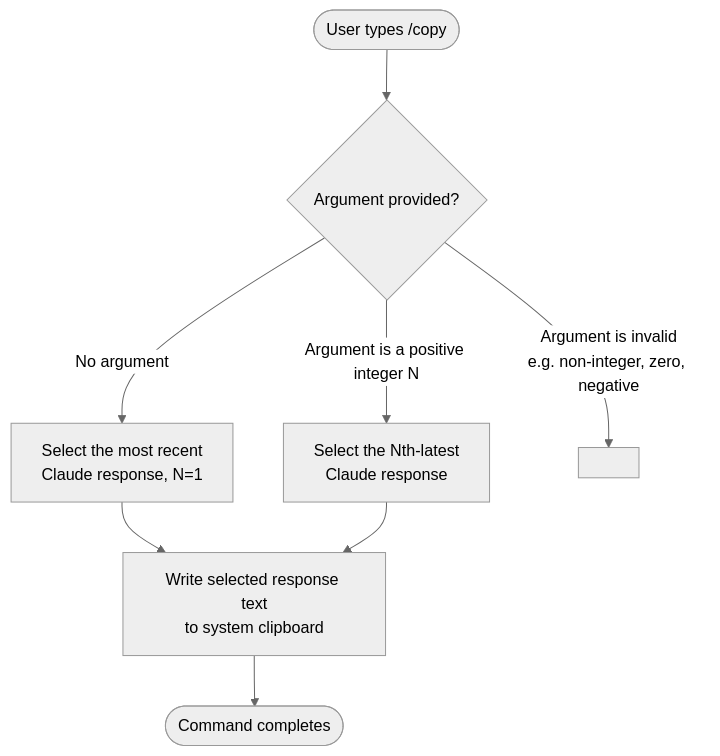
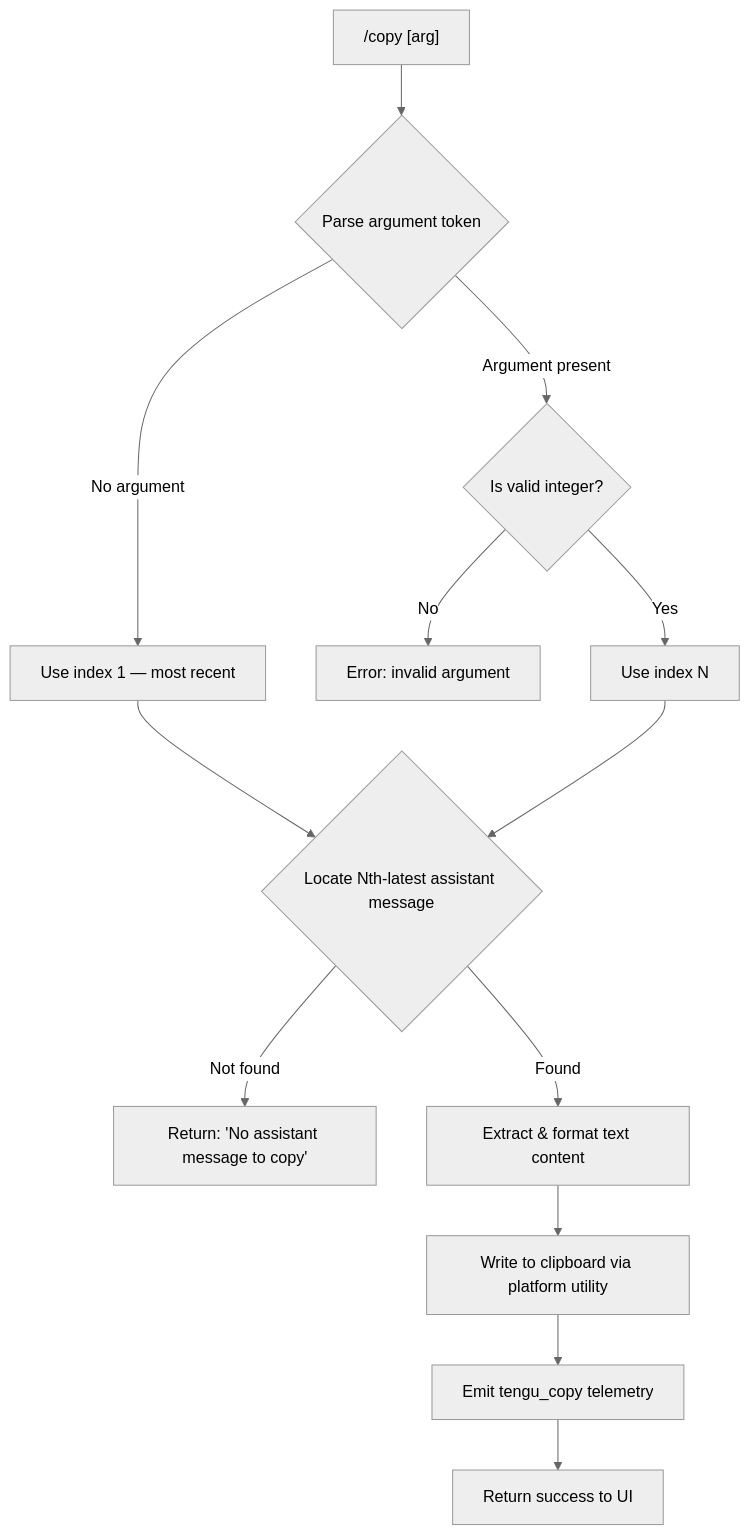
The diagram in versions/v2.1.152/copy.md (MyLittleLuckyDog/cc-gnothi), drawn with Mermaid (neutral theme) before and after one commit. The commit also changed other lines of this file and 593 other files, not shown here.

````diff
--- a/versions/v2.1.152/copy.md
+++ b/versions/v2.1.152/copy.md
@@ -46,10 +54,15 @@
 ```mermaid
 flowchart TD
-    A([User types /copy]) --> B{Argument provided?}
-    B -- "No argument" --> C[Select the most recent\nClaude response, N=1]
-    B -- "Argument is a positive integer N" --> D[Select the Nth-latest\nClaude response]
-    B -- "Argument is invalid\ne.g. non-integer, zero, negative" --> E[<!-- TODO: not found in depth-2 traversal; needs --depth 4 -->]
-    C --> F[Write selected response text\nto system clipboard]
-    D --> F
-    F --> G([Command completes])
+    A["/copy [arg]"] --> B{Parse argument token}
+    B -- "No argument" --> C[Use index 1 — most recent]
+    B -- "Argument present" --> D{Is valid integer?}
+    D -- "No" --> E[Error: invalid argument]
+    D -- "Yes" --> F[Use index N]
+    C --> G{Locate Nth-latest assistant message}
+    F --> G
+    G -- "Not found" --> H["Return: 'No assistant message to copy'"]
+    G -- "Found" --> I[Extract & format text content]
+    I --> J[Write to clipboard via platform utility]
+    J --> K[Emit tengu_copy telemetry]
+    K --> L[Return success to UI]
 ```
````
